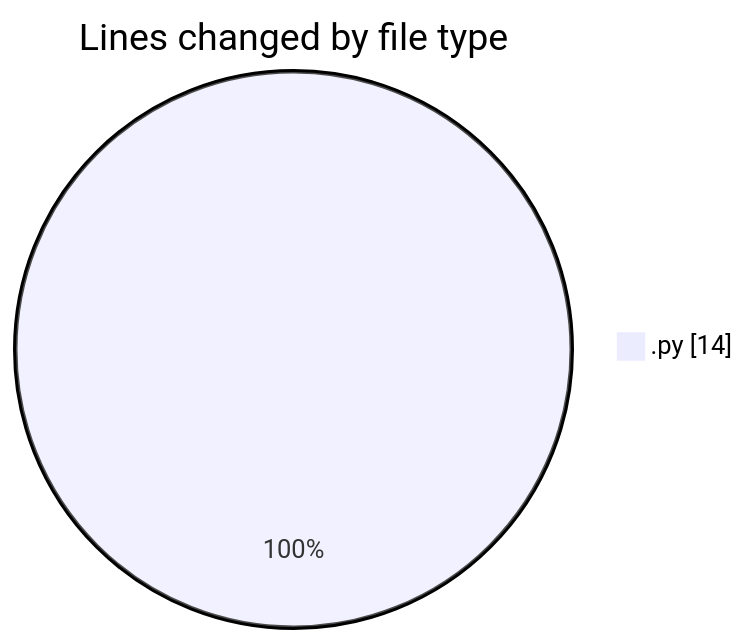
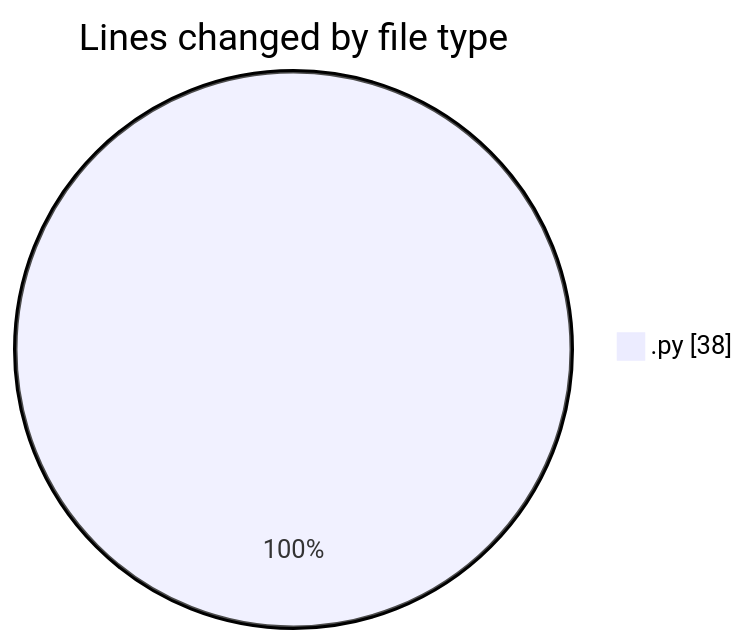
The first of 2 diagrams in 2025-10-20/eventscop-api-guide__workspace_/README.md (julien-gomy/code-tracking), drawn with Mermaid before and after one commit. The commit also changed other lines of this file and 1 other file, not shown here.

````diff
--- a/2025-10-20/eventscop-api-guide__workspace_/README.md
+++ b/2025-10-20/eventscop-api-guide__workspace_/README.md
@@ -20,5 +20,5 @@
 ```mermaid
 pie showData
 title Lines changed by file type
-".py" : 14
+".py" : 38
 ```
````
